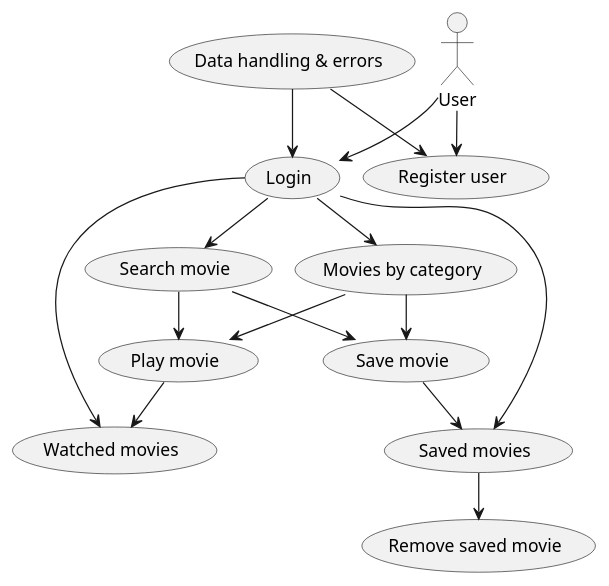
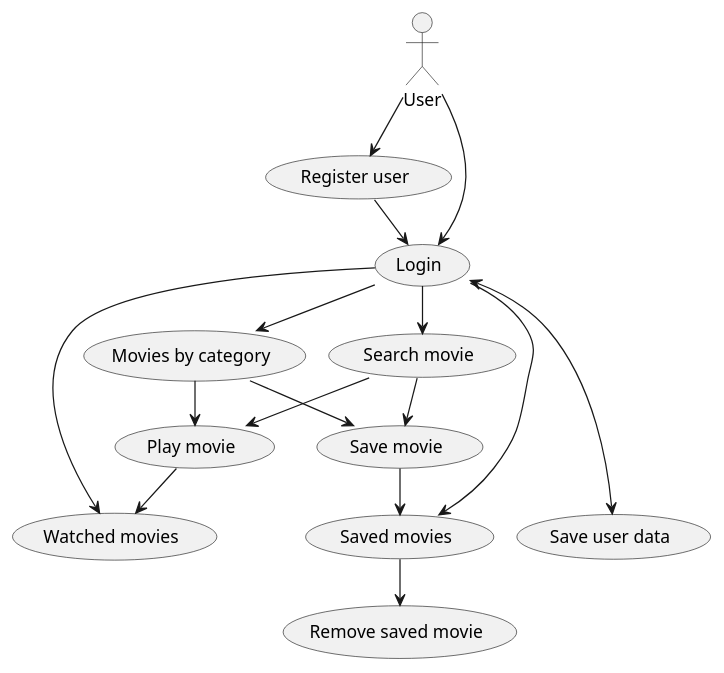
Before and after one commit to Max-Rasmussen/SP3-StreamingService: the diagram in UML DIagram/Use case.puml, drawn with PlantUML. The commit also changed 1 other file, not shown here.

Commit message:
HER ER DIAGRAM.

```diff
--- a/UML DIagram/Use case.puml
+++ b/UML DIagram/Use case.puml
@@ -1,37 +1,39 @@
 @startuml
 !pragma layout smetana
 
 usecase "Login" as UC1
 usecase "Register user" as UC2
 usecase "Search movie" as UC3
 usecase "Movies by category" as UC4
 usecase "Play movie" as UC5
 usecase "Save movie" as UC6
 usecase "Remove saved movie" as UC7
 usecase "Watched movies" as UC8
 usecase "Saved movies" as UC9
-usecase "Data handling & errors" as UC10
+usecase "Save user data" as UC10
 
 User --> UC1
 User --> UC2
 
 UC1 --> UC3
 UC1 --> UC4
 UC1 --> UC8
 UC1 --> UC9
+UC1 <----> UC10
+
+UC2 --> UC1
 
 UC3 --> UC5
 UC4 --> UC5
 
 UC5 --> UC8
 
 UC3 --> UC6
 UC4 --> UC6
 
 UC6 --> UC9
 UC9 --> UC7
 
-UC10 --> UC1
-UC10 --> UC2
+
 
 @enduml
```
